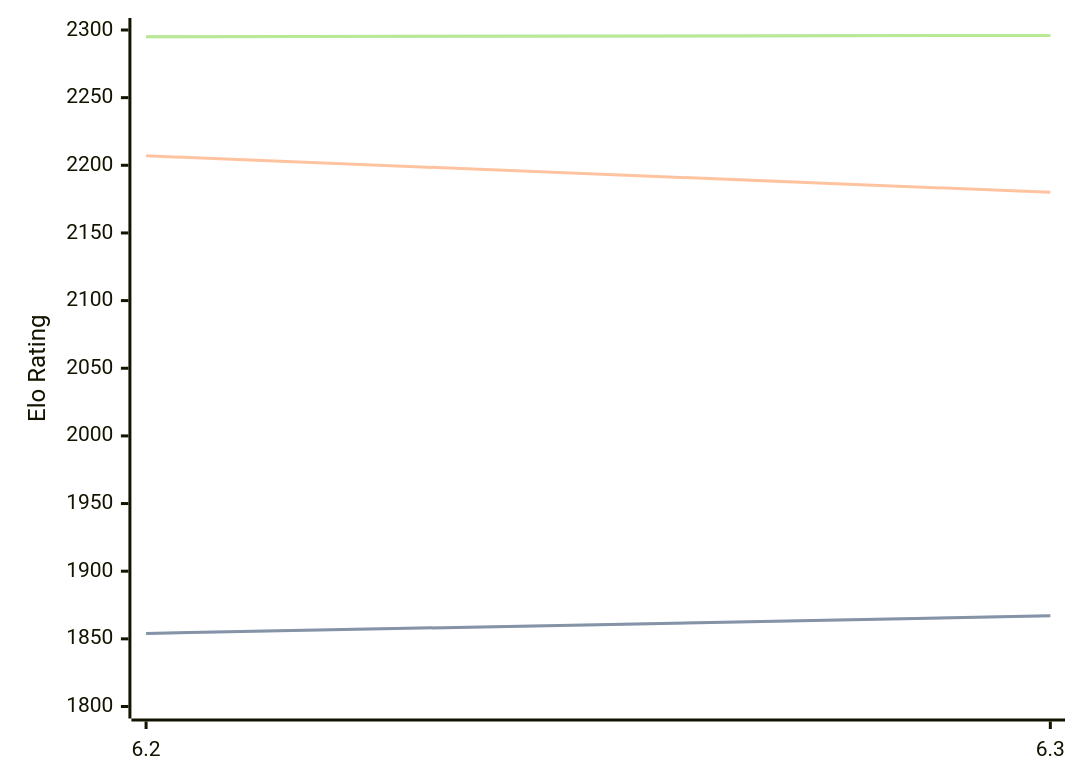
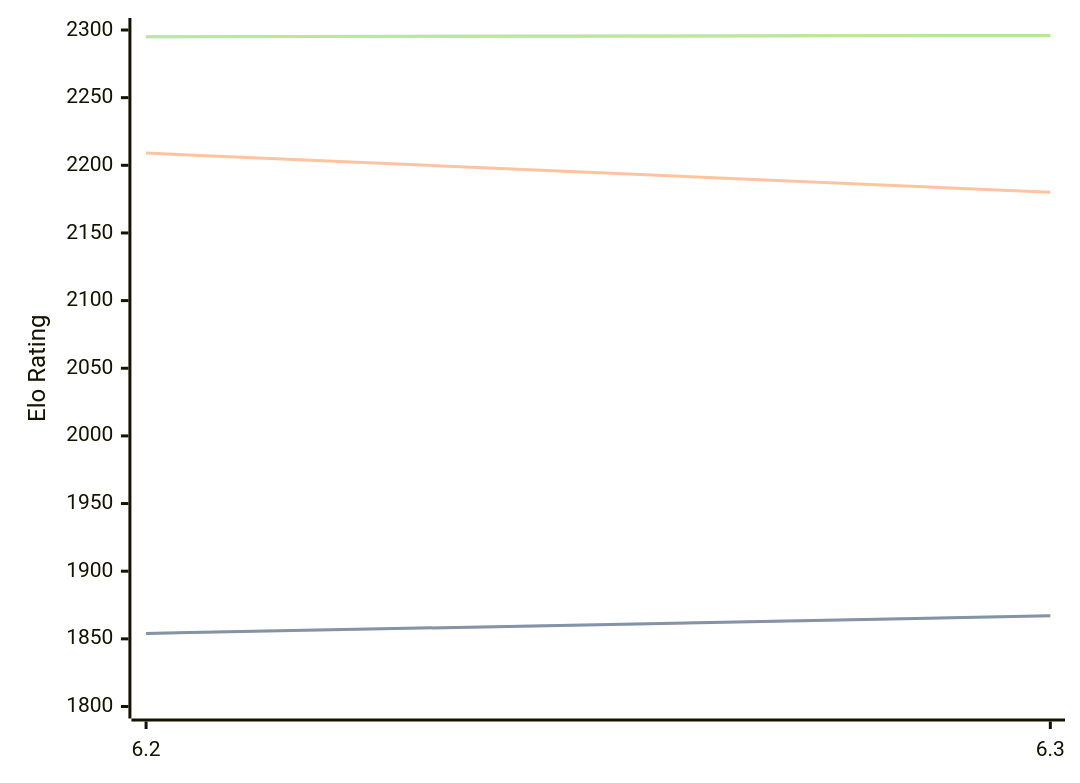
One commit to computer-chess-index/cci changed the diagram in engines/chess4j.md. Above: the diagram before and after it, drawn with Mermaid. The commit also changed other lines of this file, not shown here.

````diff
--- a/engines/chess4j.md
+++ b/engines/chess4j.md
@@ -32,11 +32,11 @@
 ```mermaid
 %%{init: {"theme":"base","themeVariables":{"seriesColors:['#a3a3a3','#222221','#faa371']}}}%%
 xychart-beta
   x-axis ["6.2", "6.3"]
   y-axis "Elo Rating" 1800 --> 2300
   line "STC (8.0+0.08s)" [1854, 1867]
   line "STC (8.0+0.08s)" [1854, 1867]
-  line "LTC (60.0+0.60s)" [2207, 2180]
+  line "LTC (60.0+0.60s)" [2209, 2180]
   line "VLTC (2m24s+1.12s)" [2295, 2296]
   line "VLTC (2m24s+1.12s)" [2295, 2296]
 ```
````
